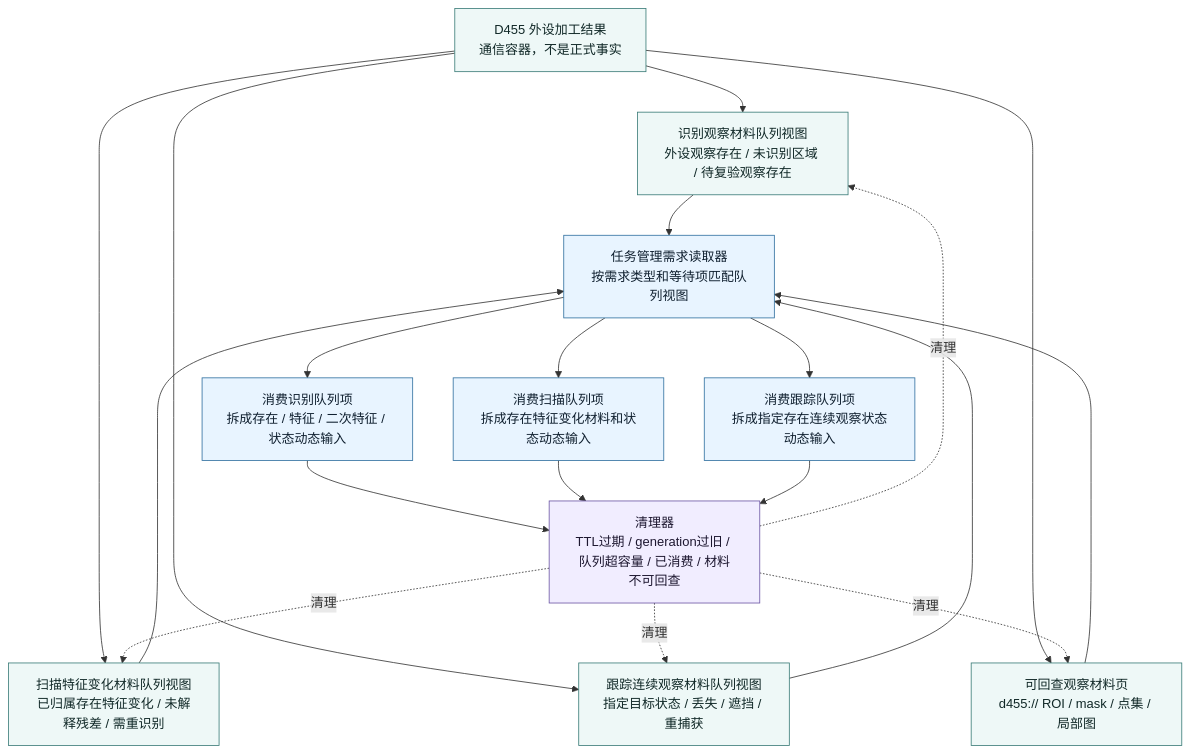
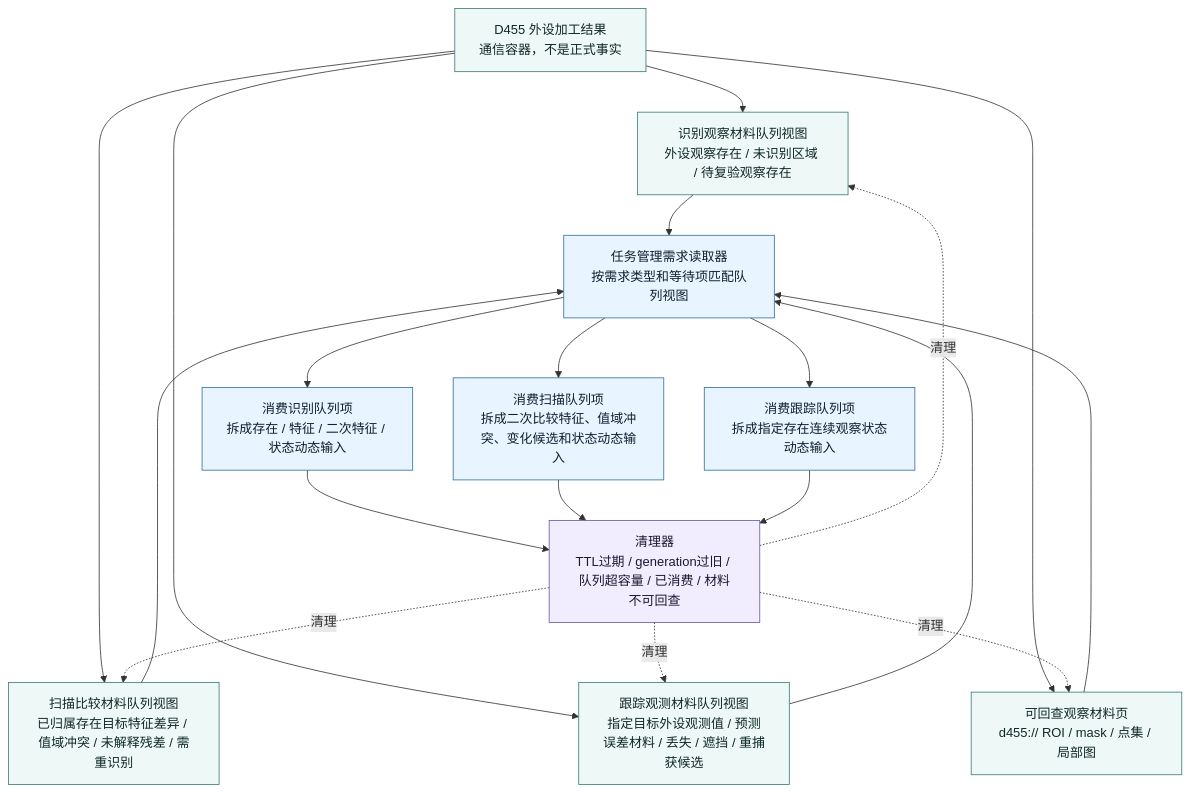
The third of 3 diagrams in 流程图/20260606_D455外设侧工作流程图_v0.2.md (chunhaizh-cyber/Birthplace-of-digital-civilization), drawn with Mermaid before and after one commit. The commit also changed other lines of this file and 67 other files, not shown here.

````diff
--- a/流程图/20260606_D455外设侧工作流程图_v0.2.md
+++ b/流程图/20260606_D455外设侧工作流程图_v0.2.md
@@ -176,33 +176,33 @@
 ```mermaid
 flowchart TB
     A["D455 外设加工结果<br/>通信容器，不是正式事实"]
     B["识别观察材料队列视图<br/>外设观察存在 / 未识别区域 / 待复验观察存在"]
-    C["扫描特征变化材料队列视图<br/>已归属存在特征变化 / 未解释残差 / 需重识别"]
-    D["跟踪连续观察材料队列视图<br/>指定目标状态 / 丢失 / 遮挡 / 重捕获"]
+    C["扫描比较材料队列视图<br/>已归属存在目标特征差异 / 值域冲突 / 未解释残差 / 需重识别"]
+    D["跟踪观测材料队列视图<br/>指定目标外设观测值 / 预测误差材料 / 丢失 / 遮挡 / 重捕获候选"]
     E["可回查观察材料页<br/>d455:// ROI / mask / 点集 / 局部图"]
     F["任务管理需求读取器<br/>按需求类型和等待项匹配队列视图"]
     G["消费识别队列项<br/>拆成存在 / 特征 / 二次特征 / 状态动态输入"]
-    H["消费扫描队列项<br/>拆成存在特征变化材料和状态动态输入"]
+    H["消费扫描队列项<br/>拆成二次比较特征、值域冲突、变化候选和状态动态输入"]
     I["消费跟踪队列项<br/>拆成指定存在连续观察状态动态输入"]
     J["清理器<br/>TTL过期 / generation过旧 / 队列超容量 / 已消费 / 材料不可回查"]
 
     A --> B --> F
     A --> C --> F
     A --> D --> F
     A --> E --> F
     F --> G --> J
     F --> H --> J
     F --> I --> J
     J -.清理.-> B
     J -.清理.-> C
     J -.清理.-> D
     J -.清理.-> E
 
     classDef queue fill:#eef8f7,stroke:#397b77,color:#102827;
     classDef self fill:#e8f4ff,stroke:#2f6f9f,color:#102030;
     classDef cleaner fill:#f1edff,stroke:#6c56a4,color:#1d1730;
 
     class A,B,C,D,E queue;
     class F,G,H,I self;
     class J cleaner;
 ```
````
